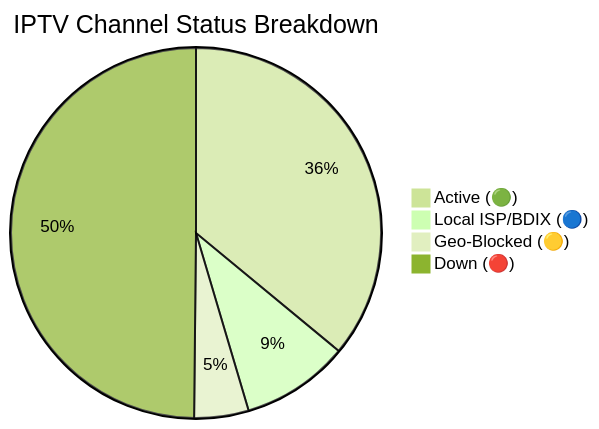
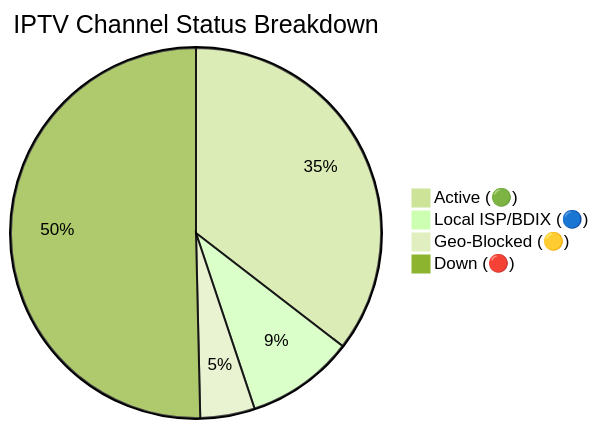
Before and after one commit to andreataylord/Ip-tv-Collection: the diagram in README.md, drawn with Mermaid (forest theme). The commit also changed other lines of this file and 1 other file, not shown here.

Commit message:
docs(readme): auto-update daily channel status chart

````diff
--- a/README.md
+++ b/README.md
@@ -59,7 +59,7 @@
 ```mermaid
 pie title IPTV Channel Status Breakdown
-    "Active (🟢)" : 2995
+    "Active (🟢)" : 2950
     "Local ISP/BDIX (🔵)" : 784
-    "Geo-Blocked (🟡)" : 395
-    "Down (🔴)" : 4147
+    "Geo-Blocked (🟡)" : 396
+    "Down (🔴)" : 4191
 ```
````
